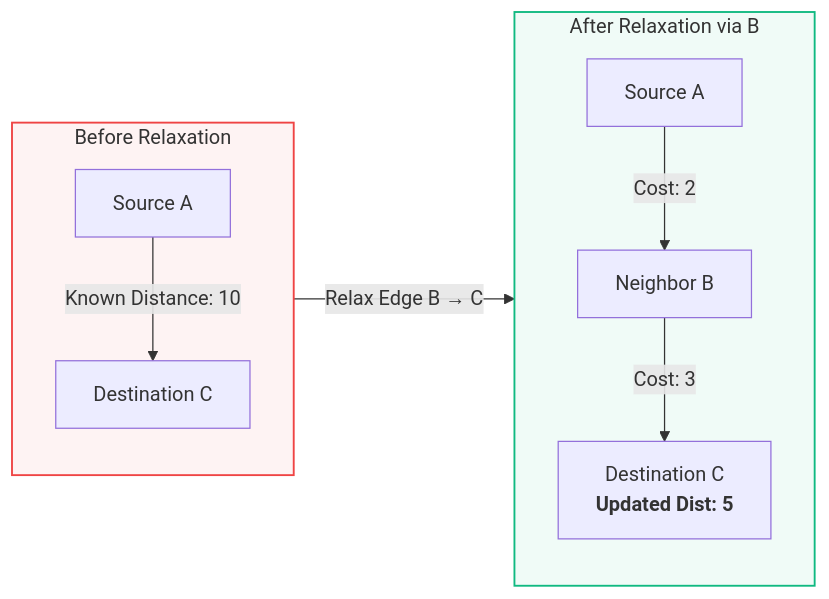
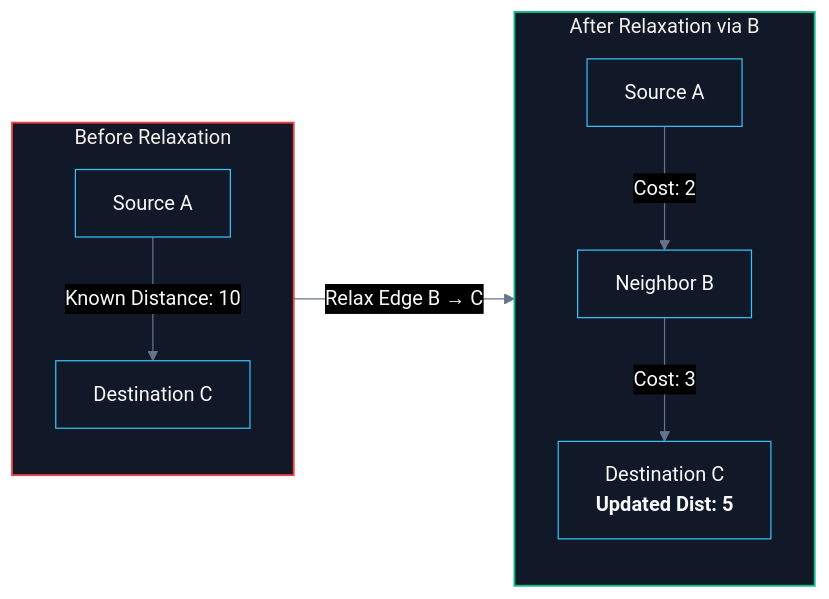
Before and after one commit to abhinavbharti2345/CS_Notes: the diagram in CS/Computer Networking/04. Routing & Network Layer/03. Bellman-Ford Algorithm.md, drawn with Mermaid. The commit also changed 195 other files, not shown here.

````diff
--- a/CS/Computer Networking/04. Routing & Network Layer/03. Bellman-Ford Algorithm.md
+++ b/CS/Computer Networking/04. Routing & Network Layer/03. Bellman-Ford Algorithm.md
@@ -52,16 +52,17 @@
 ```mermaid
+%%{init: {'theme': 'base', 'themeVariables': { 'darkMode': true, 'background': '#0B0F14', 'mainBkg': '#111827', 'primaryColor': '#111827', 'primaryTextColor': '#F8FAFC', 'primaryBorderColor': '#38BDF8', 'lineColor': '#64748B', 'secondaryColor': '#0B0F14', 'tertiaryColor': '#0B0F14', 'clusterBkg': '#0B0F14', 'clusterBorder': '#38BDF8' }}}%%
 flowchart LR
     subgraph BeforeRelaxation["Before Relaxation"]
         A1["Source A"] -->|Known Distance: 10| C1["Destination C"]
     end
 
     subgraph AfterRelaxation["After Relaxation via B"]
         A2["Source A"] -->|Cost: 2| B2["Neighbor B"]
         B2 -->|Cost: 3| C2["Destination C<br><b>Updated Dist: 5</b>"]
     end
 
     BeforeRelaxation -->|"Relax Edge B → C"| AfterRelaxation
 
-    style BeforeRelaxation fill:#ef444410,stroke:#ef4444,stroke-width:1.5px
-    style AfterRelaxation fill:#10b98110,stroke:#10b981,stroke-width:1.5px
+    style BeforeRelaxation fill:#111827,stroke:#ef4444,stroke-width:1.5px
+    style AfterRelaxation fill:#111827,stroke:#10b981,stroke-width:1.5px
 ```
````
